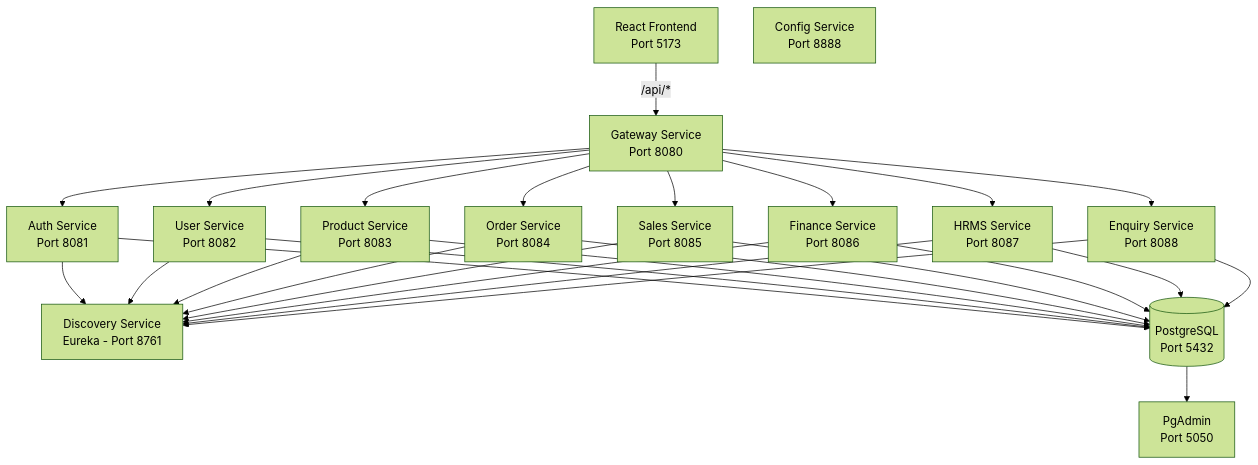
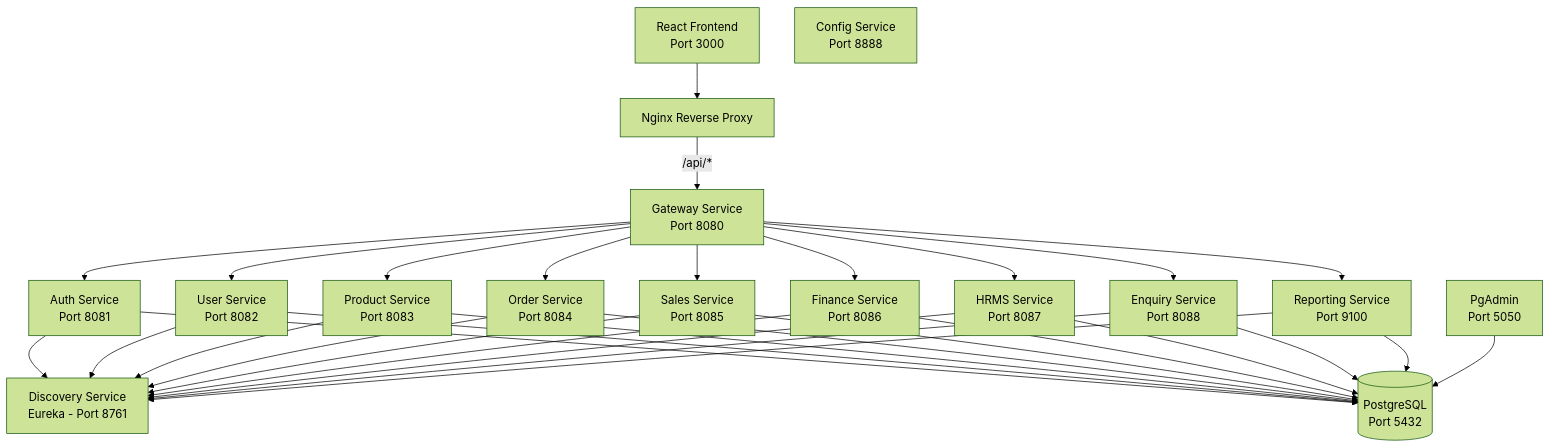
Before and after one commit to pratapnarayan/erp-smb: the first of 2 diagrams in COMPREHENSIVE_PROJECT_ANALYSIS.md, drawn with Mermaid (forest theme). The commit also changed other lines of this file and 3 other files, not shown here.

````diff
--- a/COMPREHENSIVE_PROJECT_ANALYSIS.md
+++ b/COMPREHENSIVE_PROJECT_ANALYSIS.md
@@ -59,49 +34,56 @@
 ```mermaid
 graph TB
-    UI[React Frontend<br/>Port 5173]
+    UI[React Frontend<br/>Port 3000]
+    NGINX[Nginx Reverse Proxy]
     GW[Gateway Service<br/>Port 8080]
     DISC[Discovery Service<br/>Eureka - Port 8761]
     CONF[Config Service<br/>Port 8888]
     
     AUTH[Auth Service<br/>Port 8081]
     USER[User Service<br/>Port 8082]
     PROD[Product Service<br/>Port 8083]
     ORD[Order Service<br/>Port 8084]
     SALES[Sales Service<br/>Port 8085]
     FIN[Finance Service<br/>Port 8086]
     HRMS[HRMS Service<br/>Port 8087]
     ENQ[Enquiry Service<br/>Port 8088]
+    REP[Reporting Service<br/>Port 9100]
     
     DB[(PostgreSQL<br/>Port 5432)]
     PGA[PgAdmin<br/>Port 5050]
+
+    UI --> NGINX
+    NGINX -->|/api/*| GW
     
-    UI -->|/api/*| GW
     GW --> AUTH
     GW --> USER
     GW --> PROD
     GW --> ORD
     GW --> SALES
     GW --> FIN
     GW --> HRMS
     GW --> ENQ
-    
+    GW --> REP
+
     AUTH --> DISC
     USER --> DISC
     PROD --> DISC
     ORD --> DISC
     SALES --> DISC
     FIN --> DISC
     HRMS --> DISC
     ENQ --> DISC
-    
+    REP --> DISC
+
     AUTH --> DB
     USER --> DB
     PROD --> DB
     ORD --> DB
     SALES --> DB
     FIN --> DB
     HRMS --> DB
     ENQ --> DB
+    REP --> DB
     
-    DB --> PGA
+    PGA --> DB
 ```
````
